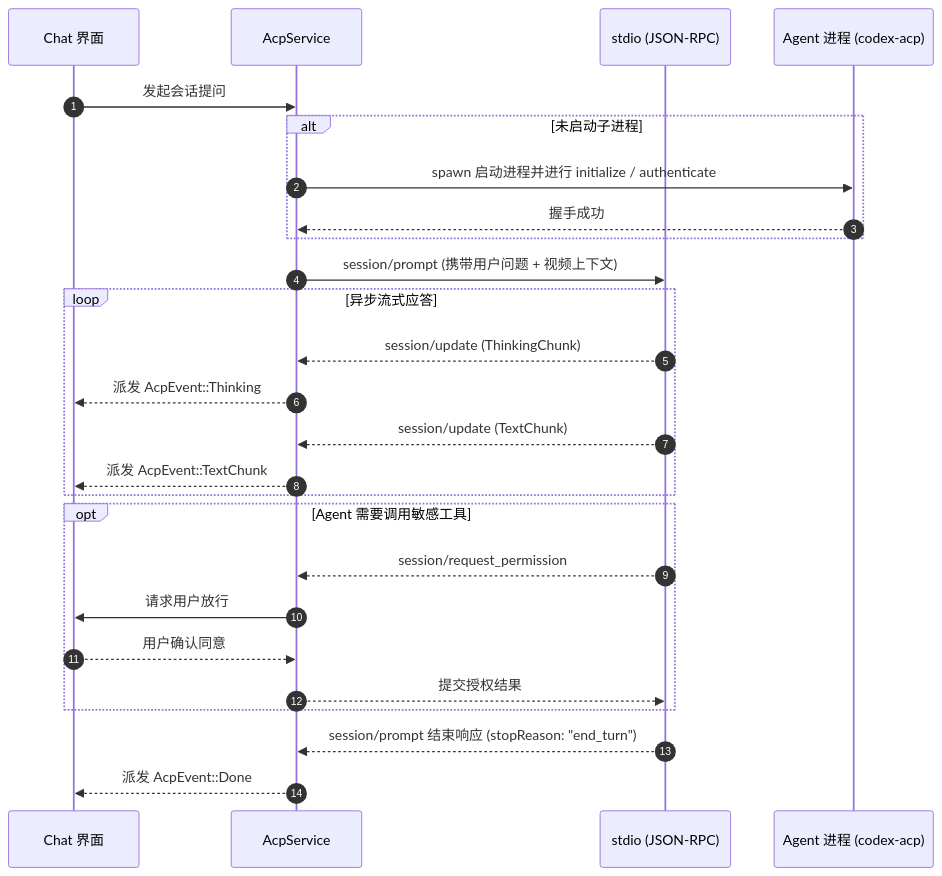
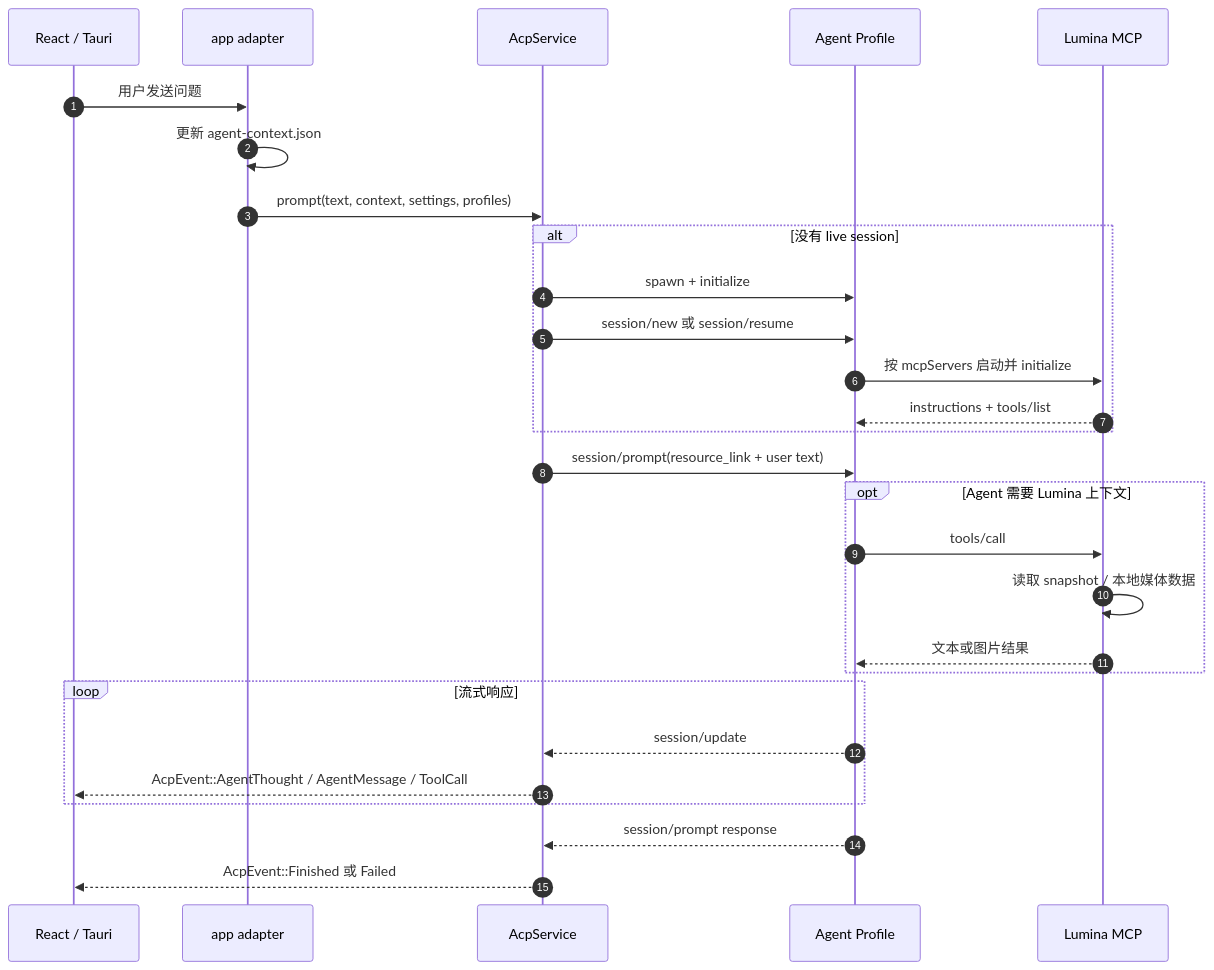
The diagram in crates/lumina-acp/src/README.md (yitom486/lumina), drawn with Mermaid before and after one commit. The commit also changed other lines of this file and 14 other files, not shown here.

````diff
--- a/crates/lumina-acp/src/README.md
+++ b/crates/lumina-acp/src/README.md
@@ -129,33 +183,31 @@
 ```mermaid
 sequenceDiagram
     autonumber
-    participant UI as Chat 界面
+    participant UI as React / Tauri
+    participant App as app adapter
     participant Svc as AcpService
-    participant Pipe as stdio (JSON-RPC)
-    participant Agent as Agent 进程 (codex-acp)
+    participant Agent as Agent Profile
+    participant MCP as Lumina MCP
 
-    UI->>Svc: 发起会话提问
-    alt 未启动子进程
-        Svc->>Agent: spawn 启动进程并进行 initialize / authenticate
-        Agent-->>Svc: 握手成功
+    UI->>App: 用户发送问题
+    App->>App: 更新 agent-context.json
+    App->>Svc: prompt(text, context, settings, profiles)
+    alt 没有 live session
+        Svc->>Agent: spawn + initialize
+        Svc->>Agent: session/new 或 session/resume
+        Agent->>MCP: 按 mcpServers 启动并 initialize
+        MCP-->>Agent: instructions + tools/list
     end
-
-    Svc->>Pipe: session/prompt (携带用户问题 + 视频上下文)
-
-    loop 异步流式应答
-        Pipe-->>Svc: session/update (ThinkingChunk)
-        Svc-->>UI: 派发 AcpEvent::Thinking
-        Pipe-->>Svc: session/update (TextChunk)
-        Svc-->>UI: 派发 AcpEvent::TextChunk
+    Svc->>Agent: session/prompt(resource_link + user text)
+    opt Agent 需要 Lumina 上下文
+        Agent->>MCP: tools/call
+        MCP->>MCP: 读取 snapshot / 本地媒体数据
+        MCP-->>Agent: 文本或图片结果
     end
-
-    opt Agent 需要调用敏感工具
-        Pipe-->>Svc: session/request_permission
-        Svc->>UI: 请求用户放行
-        UI-->>Svc: 用户确认同意
-        Svc-->>Pipe: 提交授权结果
+    loop 流式响应
+        Agent-->>Svc: session/update
+        Svc-->>UI: AcpEvent::AgentThought / AgentMessage / ToolCall
     end
-
-    Pipe-->>Svc: session/prompt 结束响应 (stopReason: "end_turn")
-    Svc-->>UI: 派发 AcpEvent::Done
+    Agent-->>Svc: session/prompt response
+    Svc-->>UI: AcpEvent::Finished 或 Failed
 ```
````
